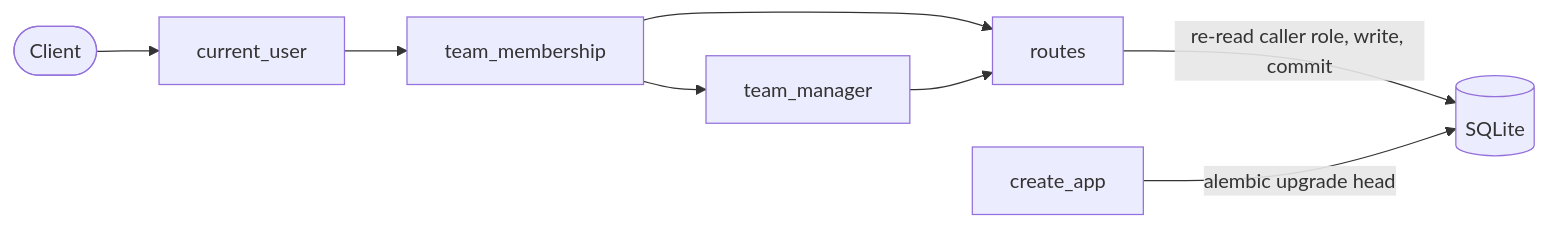
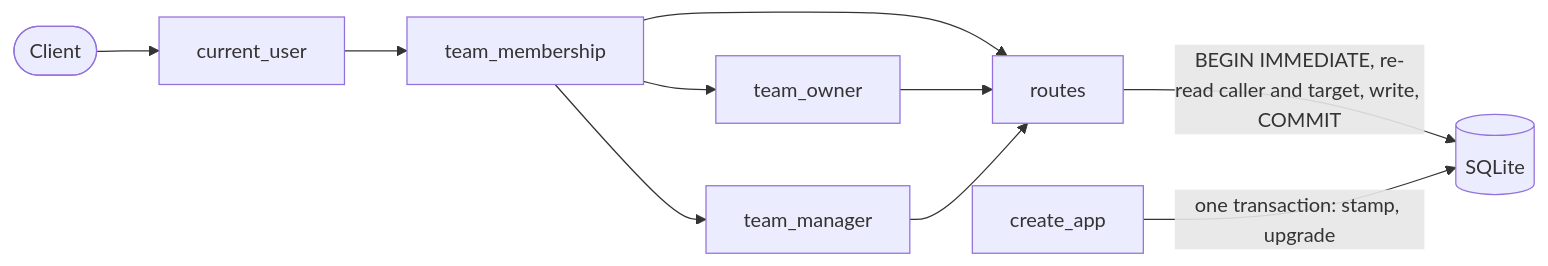
Before and after one commit to angelkurten/specforge-framework: the third of 3 diagrams in 017-teamtasks-team-roles.md, drawn with Mermaid. The commit also changed other lines of this file, not shown here.

````diff
--- a/017-teamtasks-team-roles.md
+++ b/017-teamtasks-team-roles.md
@@ -185,10 +208,12 @@
 ```mermaid
 flowchart LR
     client([Client]) --> cu[current_user]
     cu --> tm[team_membership]
+    tm --> to[team_owner]
     tm --> mg[team_manager]
     tm --> routes[routes]
+    to --> routes
     mg --> routes
-    routes -->|re-read caller role, write, commit| db[(SQLite)]
-    app[create_app] -->|alembic upgrade head| db
+    routes -->|BEGIN IMMEDIATE, re-read caller and target, write, COMMIT| db[(SQLite)]
+    app[create_app] -->|one transaction: stamp, upgrade| db
 ```
````
